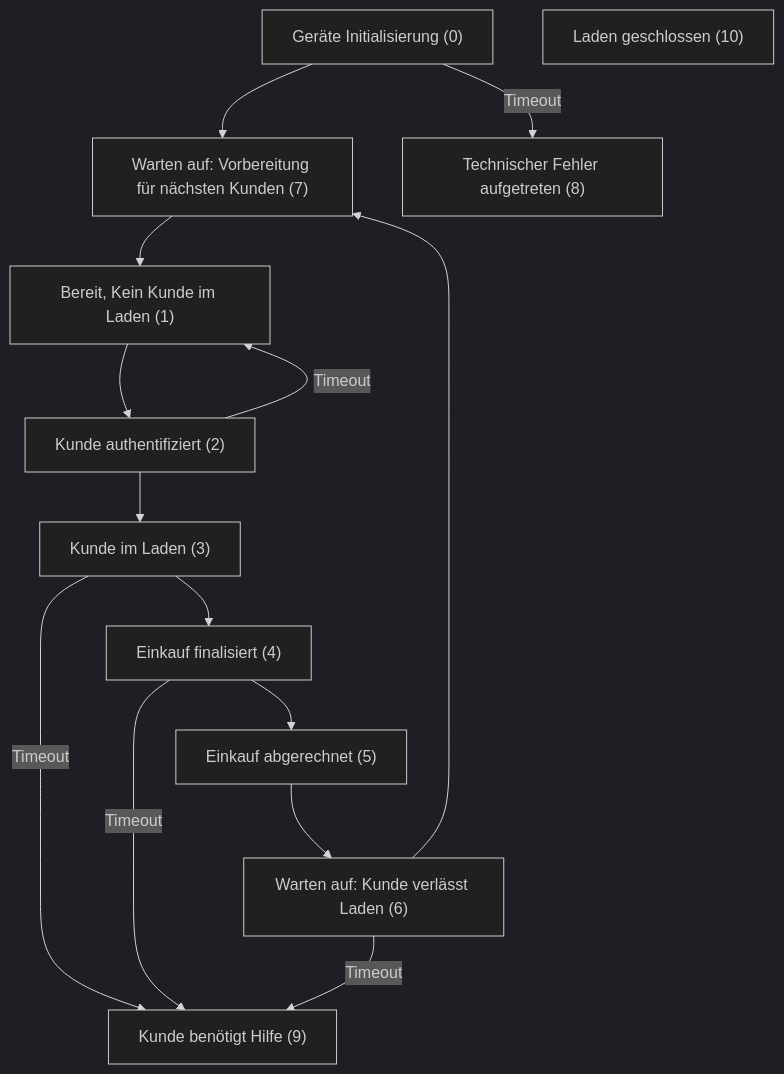
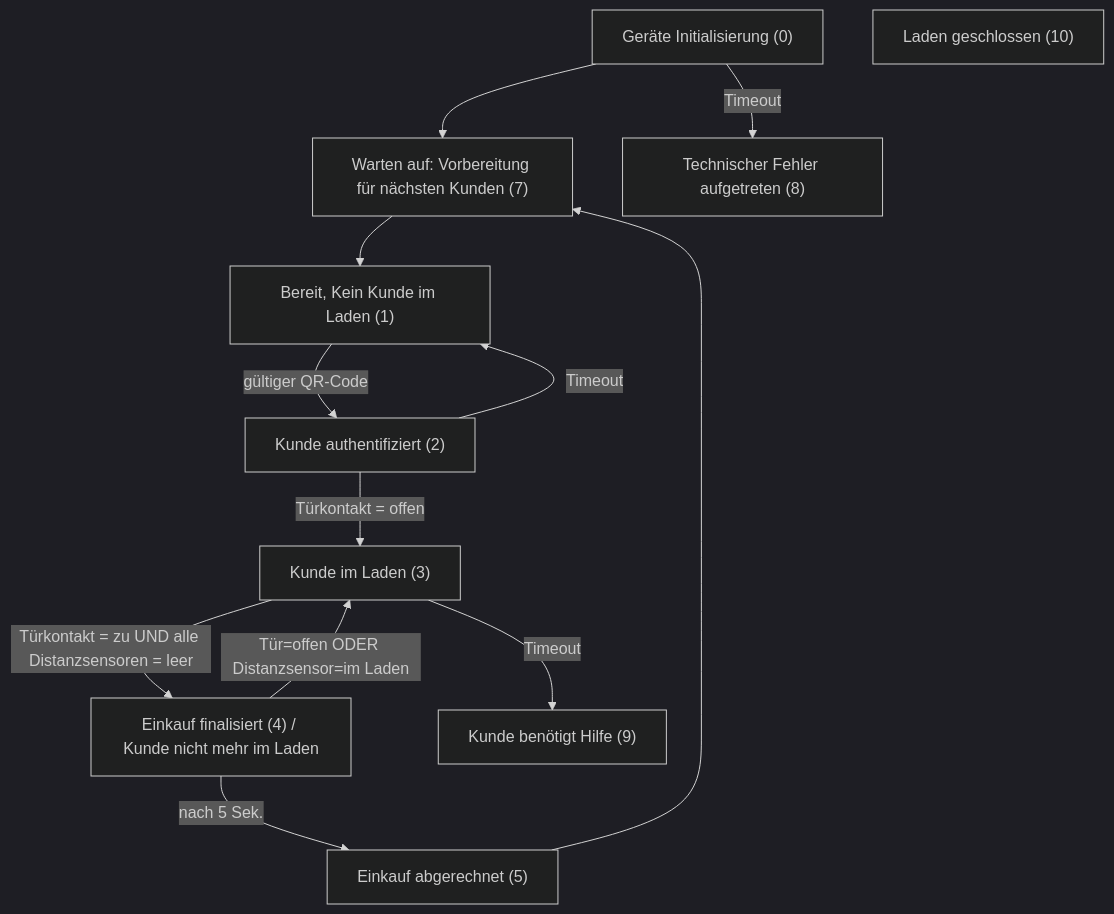
One commit to pbotte/zeitlos changed the second of 3 diagrams in ablauf.md. Above: the diagram before and after it, drawn with Mermaid (dark theme).

Commit message:
Update ablauf.md
Änderungen mit Distanzsensoren und OHNE Bestätigungsmodul im Laden.

````diff
--- a/ablauf.md
+++ b/ablauf.md
@@ -23,28 +23,25 @@
 ```mermaid
 graph TD
   AA["Geräte Initialisierung (0)"]
   A["Bereit, Kein Kunde im Laden (1)"]
   B["Kunde authentifiziert (2)"]
   C["Kunde im Laden (3)"]
-  D["Einkauf finalisiert (4)"]
+  D["Einkauf finalisiert (4) / Kunde nicht mehr im Laden"]
   E["Einkauf abgerechnet (5)"]
-  F["Warten auf: Kunde verlässt Laden (6)"]
   G["Warten auf: Vorbereitung für nächsten Kunden (7)"]
   W["Laden geschlossen (10)"]
   Y["Technischer Fehler aufgetreten (8)"]
   Z["Kunde benötigt Hilfe (9)"]
   AA --> G
   AA --> |Timeout| Y
-  A --> B
+  A --> |gültiger QR-Code| B
   B --> |Timeout| A
-  B --> C
+  B --> |Türkontakt = offen| C
   C -->|Timeout| Z
-  C --> D
-  D --> E
-  D -->|Timeout| Z
-  E --> F
-  F --> G
+  C --> |Türkontakt = zu UND alle Distanzsensoren = leer| D
+  D --> |nach 5 Sek.| E
+  D --> |Tür=offen ODER Distanzsensor=im Laden| C
+  E --> G
   G --> A
-  F -->|Timeout| Z
   
 ```
````
